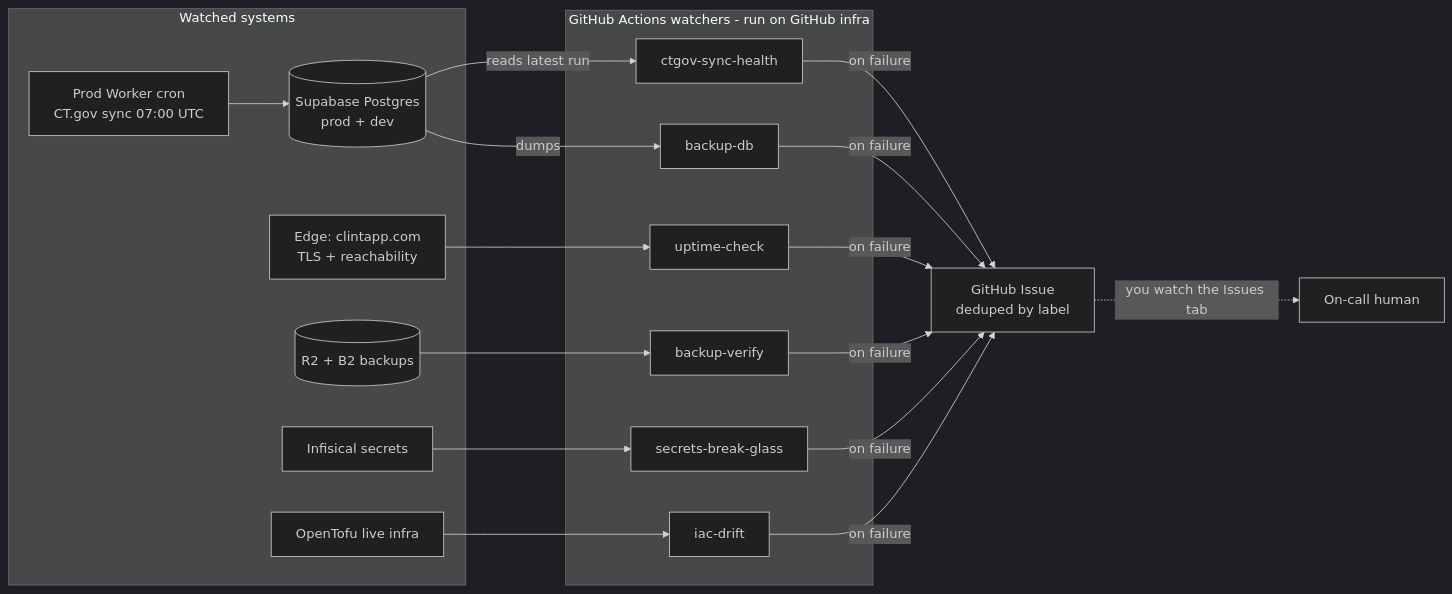
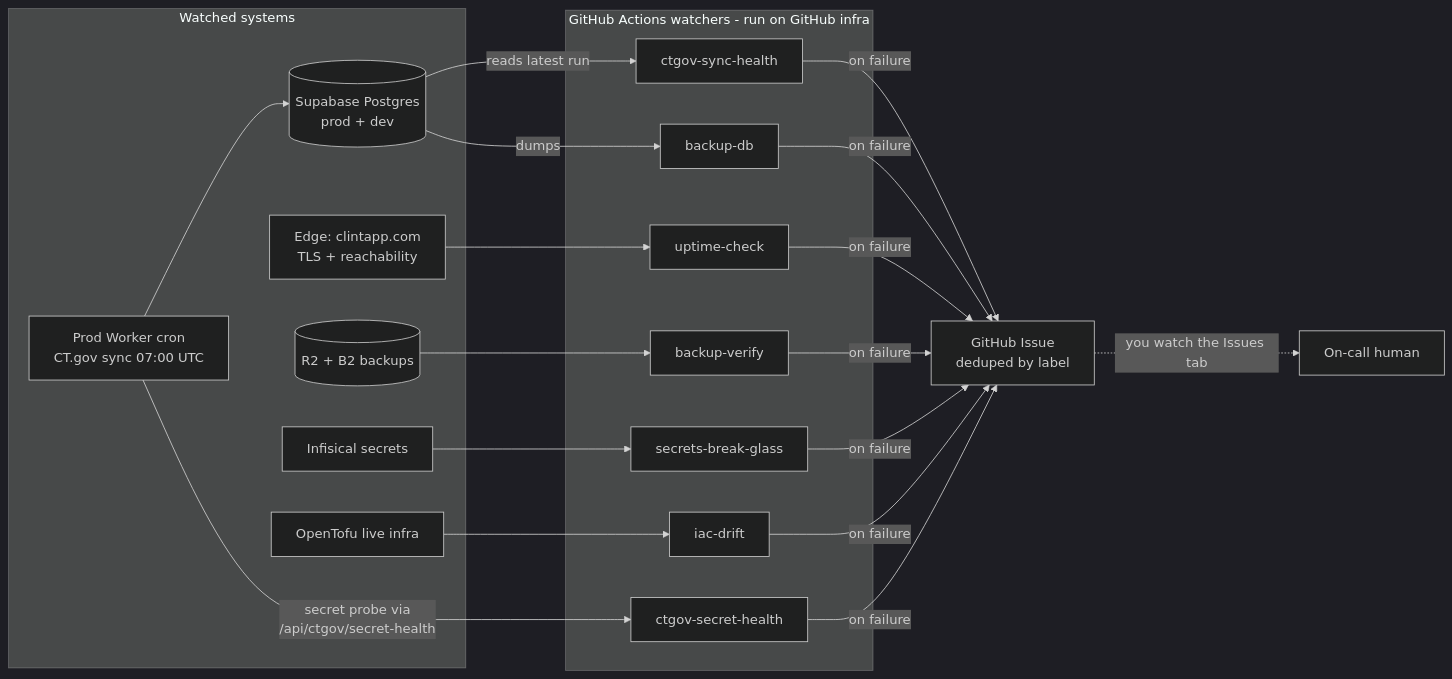
Before and after one commit to clint-org/clint: the first of 3 diagrams in docs/runbook/15-observability-and-alerting.md, drawn with Mermaid (dark theme). The commit also changed other lines of this file and 6 other files, not shown here.

First line of the commit message:
feat(ctgov-sync): detect CTGOV_WORKER_SECRET drift from the vault

````diff
--- a/docs/runbook/15-observability-and-alerting.md
+++ b/docs/runbook/15-observability-and-alerting.md
@@ -26,28 +26,30 @@
 ```mermaid
 flowchart LR
   subgraph WATCHED[Watched systems]
     W[Prod Worker cron<br/>CT.gov sync 07:00 UTC]
     DB[(Supabase Postgres<br/>prod + dev)]
     EDGE[Edge: clintapp.com<br/>TLS + reachability]
     BK[(R2 + B2 backups)]
     INF[Infisical secrets]
     IAC[OpenTofu live infra]
   end
   subgraph GHA[GitHub Actions watchers - run on GitHub infra]
     H1[ctgov-sync-health]
+    H7[ctgov-secret-health]
     H2[uptime-check]
     H3[backup-db]
     H4[backup-verify]
     H5[secrets-break-glass]
     H6[iac-drift]
   end
   W --> DB
   DB -- reads latest run --> H1
+  W -- secret probe via<br/>/api/ctgov/secret-health --> H7
   EDGE --> H2
   DB -- dumps --> H3
   BK --> H4
   INF --> H5
   IAC --> H6
-  H1 & H2 & H3 & H4 & H5 & H6 -- on failure --> ISS[GitHub Issue<br/>deduped by label]
+  H1 & H7 & H2 & H3 & H4 & H5 & H6 -- on failure --> ISS[GitHub Issue<br/>deduped by label]
   ISS -. you watch the Issues tab .-> HUMAN[On-call human]
 ```
````
